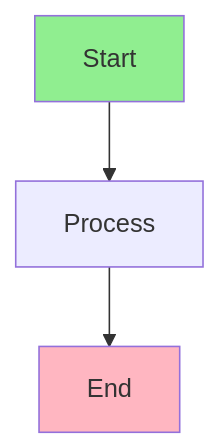
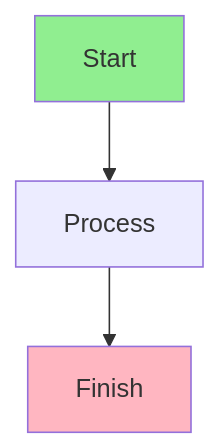
One commit to costa-marcello/repertoire changed the eighth of 9 diagrams in skills/mermaid-diagrams/references/advanced-features.md. Above: the diagram before and after it, drawn with Mermaid. The commit also changed other lines of this file and 12 other files, not shown here.

First line of the commit message:
Fix mermaid-diagrams examples that broke its own rules

````diff
--- a/skills/mermaid-diagrams/references/advanced-features.md
+++ b/skills/mermaid-diagrams/references/advanced-features.md
@@ -173,19 +181,19 @@
 ```mermaid
 flowchart TD
     %% This is a single-line comment
 
     %% Multi-line comments can be created
     %% by using multiple comment lines
 
     A[Start]
     B[Process]
-    C[End]
+    C[Finish]
 
     %% Define relationships
     A --> B
     B --> C
 
     %% Add styling
     style A fill:#90EE90
     style C fill:#FFB6C1
 ```
````
